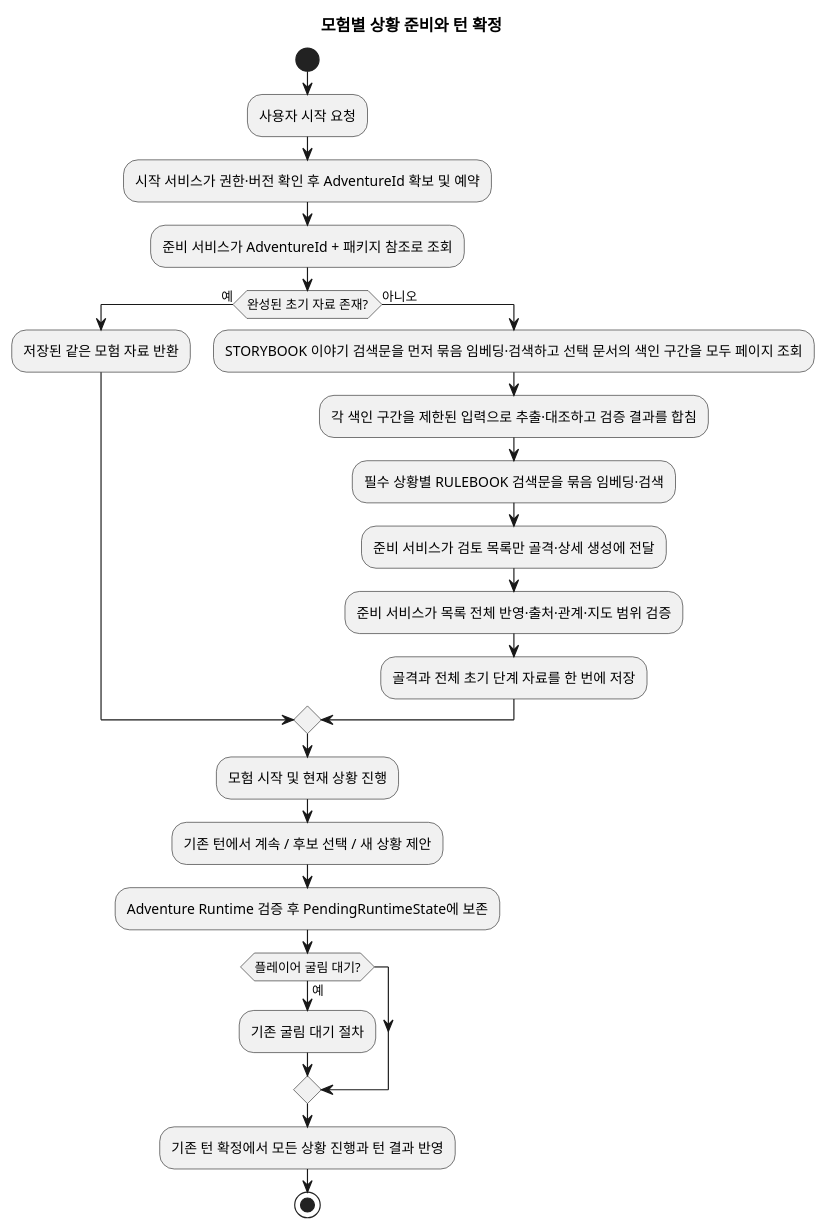
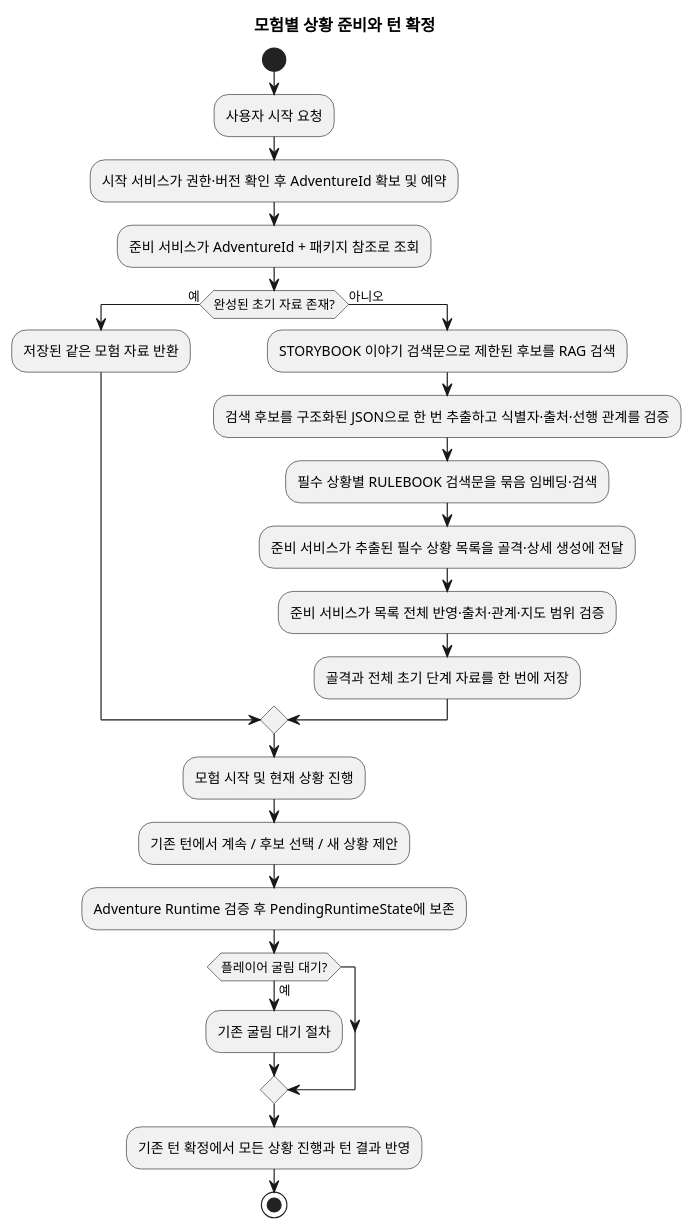
One commit to omegafrog/dnd-master changed the diagram in docs/specs/scenario-situation-candidates/architecture-spec.md. Above: the diagram before and after it, drawn with PlantUML. The commit also changed other lines of this file and 67 other files, not shown here.

````diff
--- a/docs/specs/scenario-situation-candidates/architecture-spec.md
+++ b/docs/specs/scenario-situation-candidates/architecture-spec.md
@@ -39,27 +37,27 @@
 ```plantuml
 @startuml
  title 모험별 상황 준비와 턴 확정
  start
  :사용자 시작 요청;
  :시작 서비스가 권한·버전 확인 후 AdventureId 확보 및 예약;
  :준비 서비스가 AdventureId + 패키지 참조로 조회;
  if (완성된 초기 자료 존재?) then (예)
    :저장된 같은 모험 자료 반환;
  else (아니오)
-   :STORYBOOK 이야기 검색문을 먼저 묶음 임베딩·검색하고 선택 문서의 색인 구간을 모두 페이지 조회;
-   :각 색인 구간을 제한된 입력으로 추출·대조하고 검증 결과를 합침;
+   :STORYBOOK 이야기 검색문으로 제한된 후보를 RAG 검색;
+   :검색 후보를 구조화된 JSON으로 한 번 추출하고 식별자·출처·선행 관계를 검증;
    :필수 상황별 RULEBOOK 검색문을 묶음 임베딩·검색;
-   :준비 서비스가 검토 목록만 골격·상세 생성에 전달;
+   :준비 서비스가 추출된 필수 상황 목록을 골격·상세 생성에 전달;
    :준비 서비스가 목록 전체 반영·출처·관계·지도 범위 검증;
    :골격과 전체 초기 단계 자료를 한 번에 저장;
  endif
  :모험 시작 및 현재 상황 진행;
  :기존 턴에서 계속 / 후보 선택 / 새 상황 제안;
  :Adventure Runtime 검증 후 PendingRuntimeState에 보존;
  if (플레이어 굴림 대기?) then (예)
    :기존 굴림 대기 절차;
  endif
  :기존 턴 확정에서 모든 상황 진행과 턴 결과 반영;
  stop
 @enduml
 ```
````
